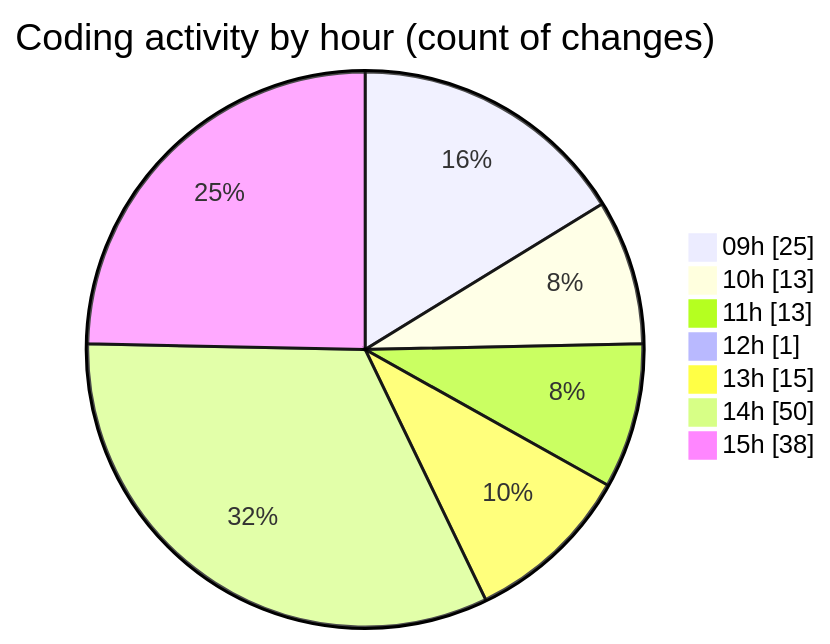
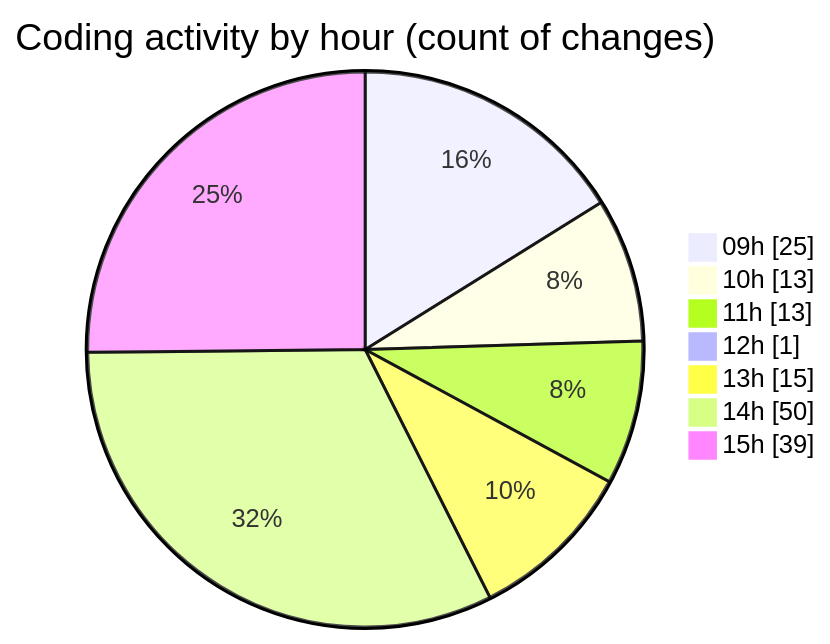
One commit to momahboobian/code-tracking changed the second of 2 diagrams in 2025-05-07/cda/README.md. Above: the diagram before and after it, drawn with Mermaid. The commit also changed other lines of this file and 1 other file, not shown here.

````diff
--- a/2025-05-07/cda/README.md
+++ b/2025-05-07/cda/README.md
@@ -114,11 +115,11 @@
 ```mermaid
 pie showData
 title Coding activity by hour (count of changes)
 "09h" : 25
 "10h" : 13
 "11h" : 13
 "12h" : 1
 "13h" : 15
 "14h" : 50
-"15h" : 38
+"15h" : 39
 ```
````
